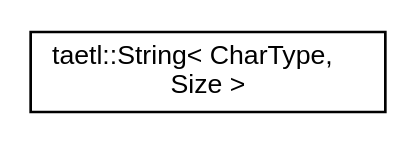
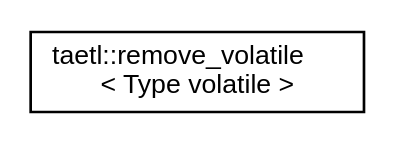
Before and after one commit to tobanteAudio/taetl: the diagram in inherit_graph_14.dot, drawn with Graphviz. The commit also changed 111 other files, not shown here.

```diff
--- a/inherit_graph_14.dot
+++ b/inherit_graph_14.dot
@@ -1,7 +1,7 @@
 digraph "Graphical Class Hierarchy"
 {
   edge [fontname="Helvetica",fontsize="10",labelfontname="Helvetica",labelfontsize="10"];
   node [fontname="Helvetica",fontsize="10",shape=record];
   rankdir="LR";
-  Node0 [label="taetl::String\< CharType,\l Size \>",height=0.2,width=0.4,color="black", fillcolor="white", style="filled",URL="$classtaetl_1_1String.html",tooltip="String class with fixed size capacity. "];
+  Node0 [label="taetl::remove_volatile\l\< Type volatile \>",height=0.2,width=0.4,color="black", fillcolor="white", style="filled",URL="$structtaetl_1_1remove__volatile_3_01Type_01volatile_01_4.html"];
 }
```
